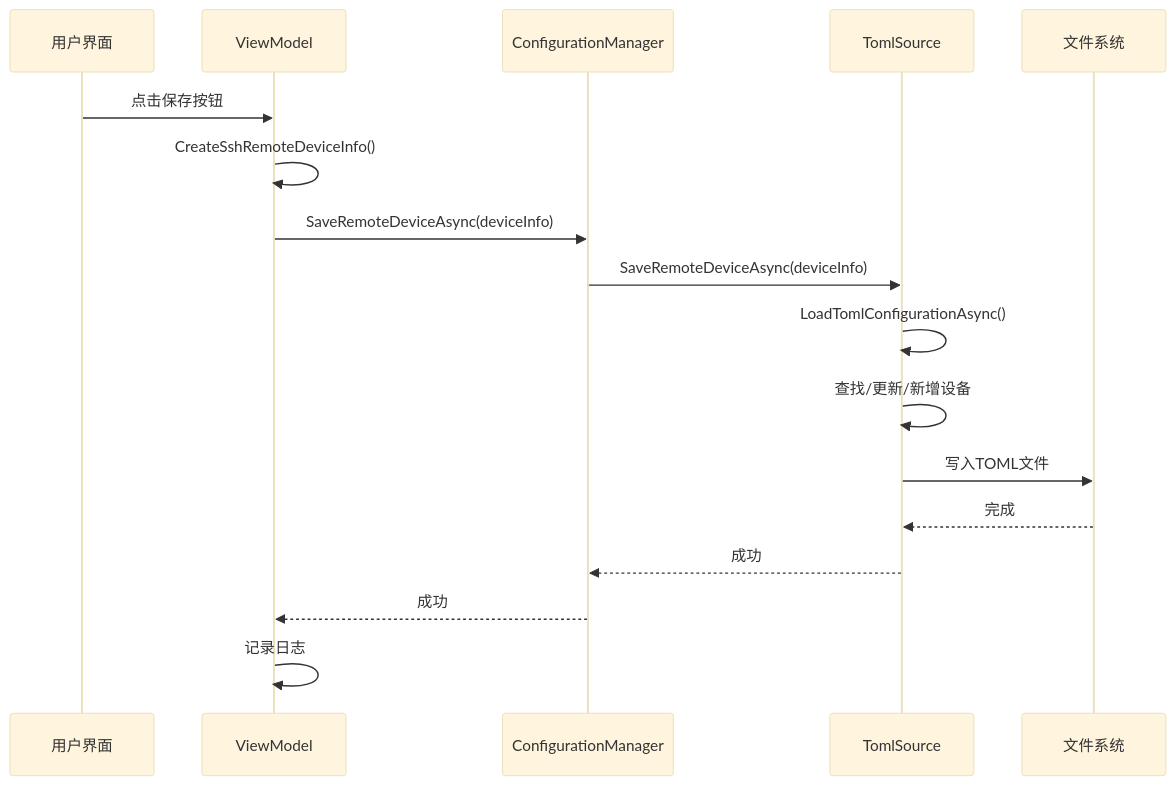
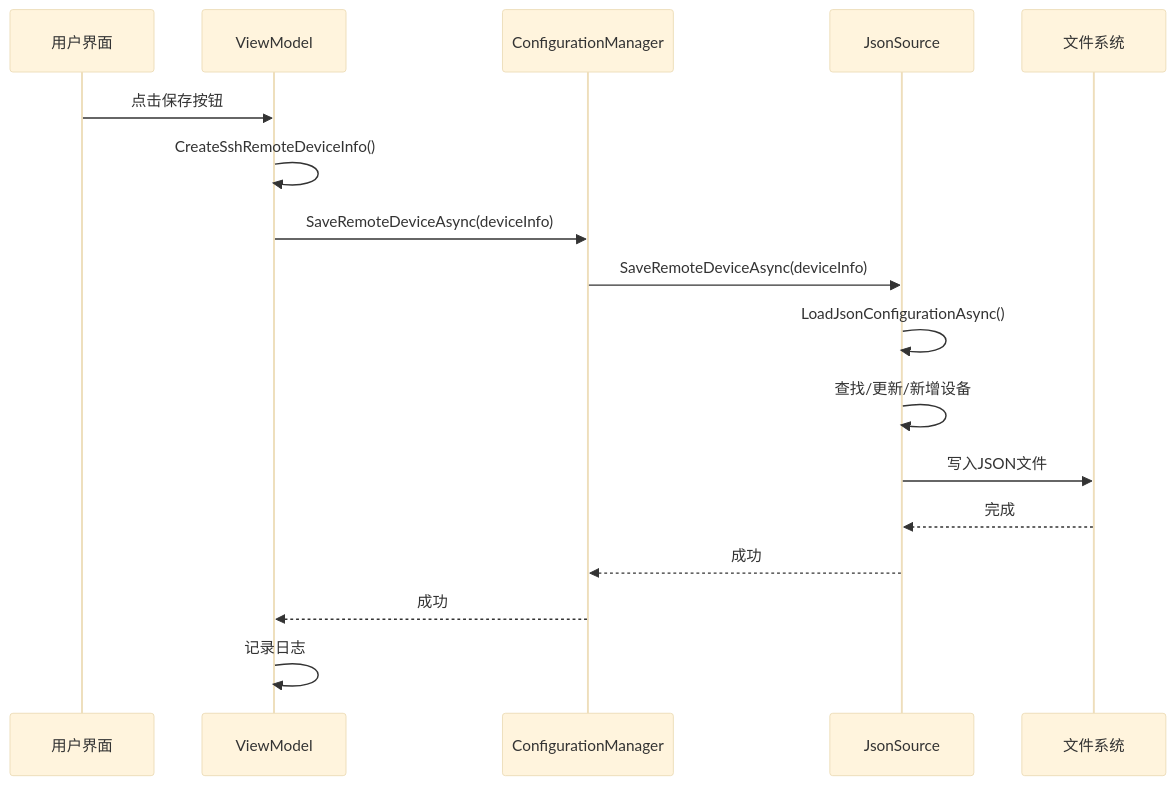
One commit to dotnet-campus/DotNetCampus.Terminal changed the diagram in .github/knowledge/技术设计文档/配置管理/02-配置保存功能实现.md. Above: the diagram before and after it, drawn with Mermaid (base theme). The commit also changed other lines of this file and 4 other files, not shown here.

````diff
--- a/.github/knowledge/技术设计文档/配置管理/02-配置保存功能实现.md
+++ b/.github/knowledge/技术设计文档/配置管理/02-配置保存功能实现.md
@@ -74,20 +69,20 @@
 ```mermaid
 sequenceDiagram
     participant UI as 用户界面
     participant VM as ViewModel
     participant CM as ConfigurationManager
-    participant TS as TomlSource
+    participant JS as JsonSource
     participant FS as 文件系统
 
     UI->>VM: 点击保存按钮
     VM->>VM: CreateSshRemoteDeviceInfo()
     VM->>CM: SaveRemoteDeviceAsync(deviceInfo)
-    CM->>TS: SaveRemoteDeviceAsync(deviceInfo)
-    TS->>TS: LoadTomlConfigurationAsync()
-    TS->>TS: 查找/更新/新增设备
-    TS->>FS: 写入TOML文件
-    FS-->>TS: 完成
-    TS-->>CM: 成功
+    CM->>JS: SaveRemoteDeviceAsync(deviceInfo)
+    JS->>JS: LoadJsonConfigurationAsync()
+    JS->>JS: 查找/更新/新增设备
+    JS->>FS: 写入JSON文件
+    FS-->>JS: 完成
+    JS-->>CM: 成功
     CM-->>VM: 成功
     VM->>VM: 记录日志
 ```
````
